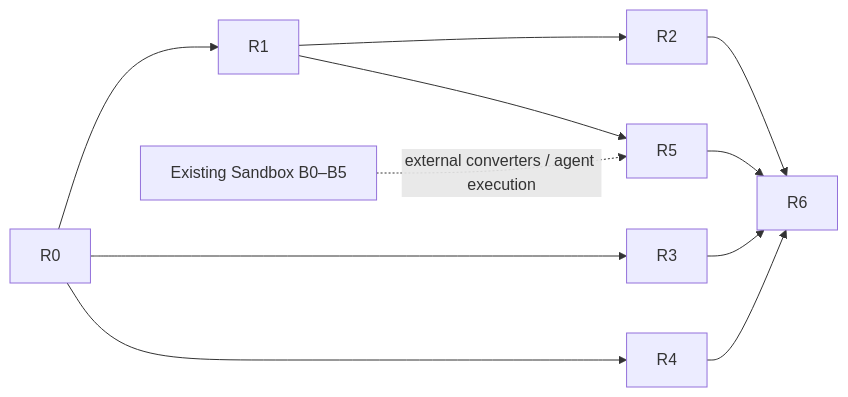
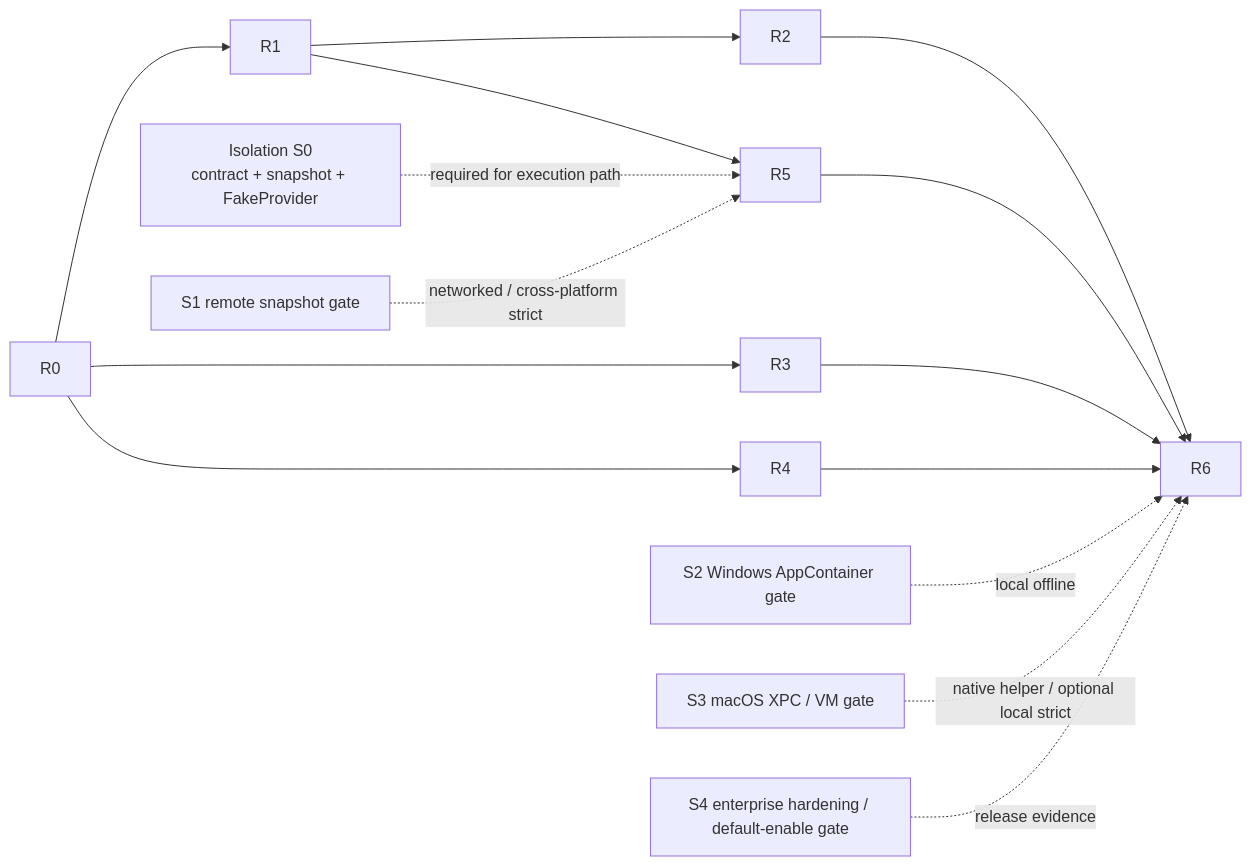
Before and after one commit to knqiufan/MisakaX: the diagram in docs/planning/rich-content-delivery/01-phased-module-practice-plan.md, drawn with Mermaid. The commit also changed other lines of this file and 22 other files, not shown here.

Commit message:
feat(sandbox): establish isolation S0 contracts

````diff
--- a/docs/planning/rich-content-delivery/01-phased-module-practice-plan.md
+++ b/docs/planning/rich-content-delivery/01-phased-module-practice-plan.md
@@ -175,13 +181,17 @@
 ```mermaid
 flowchart LR
   R0 --> R1
   R0 --> R3
   R0 --> R4
   R1 --> R2
   R1 --> R5
   R2 --> R6
   R3 --> R6
   R4 --> R6
   R5 --> R6
-  SB["Existing Sandbox B0–B5"] -. "external converters / agent execution" .-> R5
+  S0["Isolation S0\ncontract + snapshot + FakeProvider"] -. "required for execution path" .-> R5
+  S1["S1 remote snapshot gate"] -. "networked / cross-platform strict" .-> R5
+  S2["S2 Windows AppContainer gate"] -. "local offline" .-> R6
+  S3["S3 macOS XPC / VM gate"] -. "native helper / optional local strict" .-> R6
+  S4["S4 enterprise hardening / default-enable gate"] -. "release evidence" .-> R6
 ```
````
